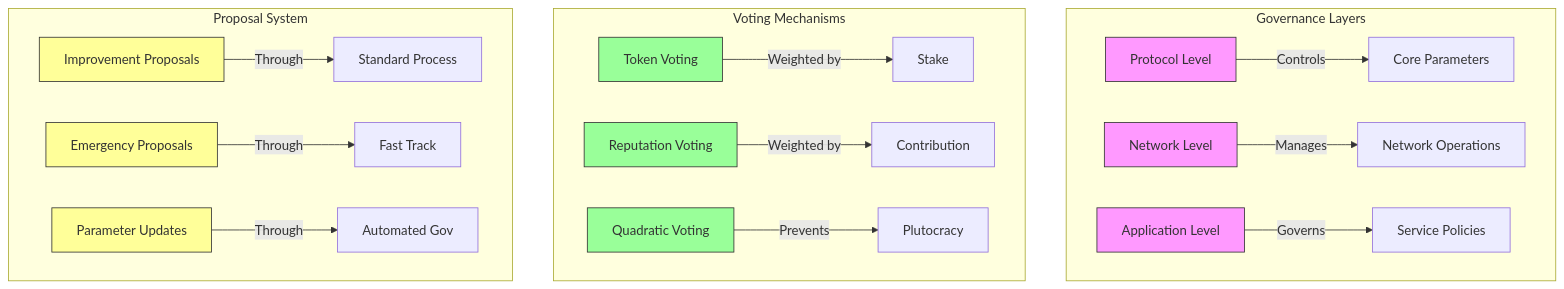
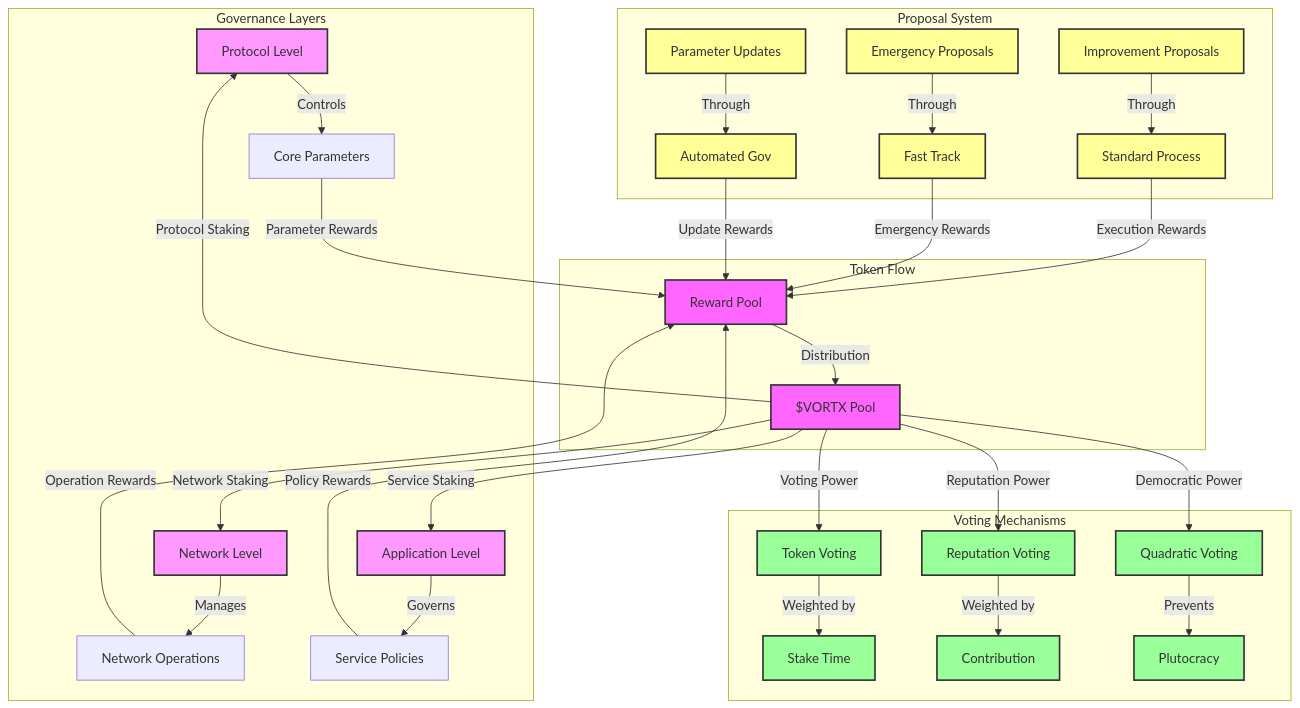
Before and after one commit to Vortx-AI/synthetic-satellite: the ninth of 26 diagrams in docs/whitepapers/README.md, drawn with Mermaid. The commit also changed other lines of this file, not shown here.

````diff
--- a/docs/whitepapers/README.md
+++ b/docs/whitepapers/README.md
@@ -437,28 +556,50 @@
 ```mermaid
 graph TD
     subgraph Governance Layers
         L1[Protocol Level] -->|Controls| P1[Core Parameters]
         L2[Network Level] -->|Manages| P2[Network Operations]
         L3[Application Level] -->|Governs| P3[Service Policies]
     end
     
+    subgraph Token Flow
+        T1[$VORTX Pool] -->|Protocol Staking| L1
+        T1 -->|Network Staking| L2
+        T1 -->|Service Staking| L3
+        
+        P1 -->|Parameter Rewards| T2[Reward Pool]
+        P2 -->|Operation Rewards| T2
+        P3 -->|Policy Rewards| T2
+        
+        T2 -->|Distribution| T1
+    end
+    
     subgraph Voting Mechanisms
-        V1[Token Voting] -->|Weighted by| S1[Stake]
+        V1[Token Voting] -->|Weighted by| S1[Stake Time]
         V2[Reputation Voting] -->|Weighted by| S2[Contribution]
         V3[Quadratic Voting] -->|Prevents| S3[Plutocracy]
+        
+        T1 -->|Voting Power| V1
+        T1 -->|Reputation Power| V2
+        T1 -->|Democratic Power| V3
     end
     
     subgraph Proposal System
         PR1[Improvement Proposals] -->|Through| PS1[Standard Process]
         PR2[Emergency Proposals] -->|Through| PS2[Fast Track]
         PR3[Parameter Updates] -->|Through| PS3[Automated Gov]
+        
+        PS1 -->|Execution Rewards| T2
+        PS2 -->|Emergency Rewards| T2
+        PS3 -->|Update Rewards| T2
     end
     
-    classDef layer fill:#f9f,stroke:#333
-    classDef mechanism fill:#9f9,stroke:#333
-    classDef process fill:#ff9,stroke:#333
+    classDef layer fill:#f9f,stroke:#333,stroke-width:2px
+    classDef mechanism fill:#9f9,stroke:#333,stroke-width:2px
+    classDef process fill:#ff9,stroke:#333,stroke-width:2px
+    classDef token fill:#f6f,stroke:#333,stroke-width:2px
     
     class L1,L2,L3 layer
-    class V1,V2,V3 mechanism
-    class PR1,PR2,PR3 process
+    class V1,V2,V3,S1,S2,S3 mechanism
+    class PR1,PR2,PR3,PS1,PS2,PS3 process
+    class T1,T2 token
 ```
````
